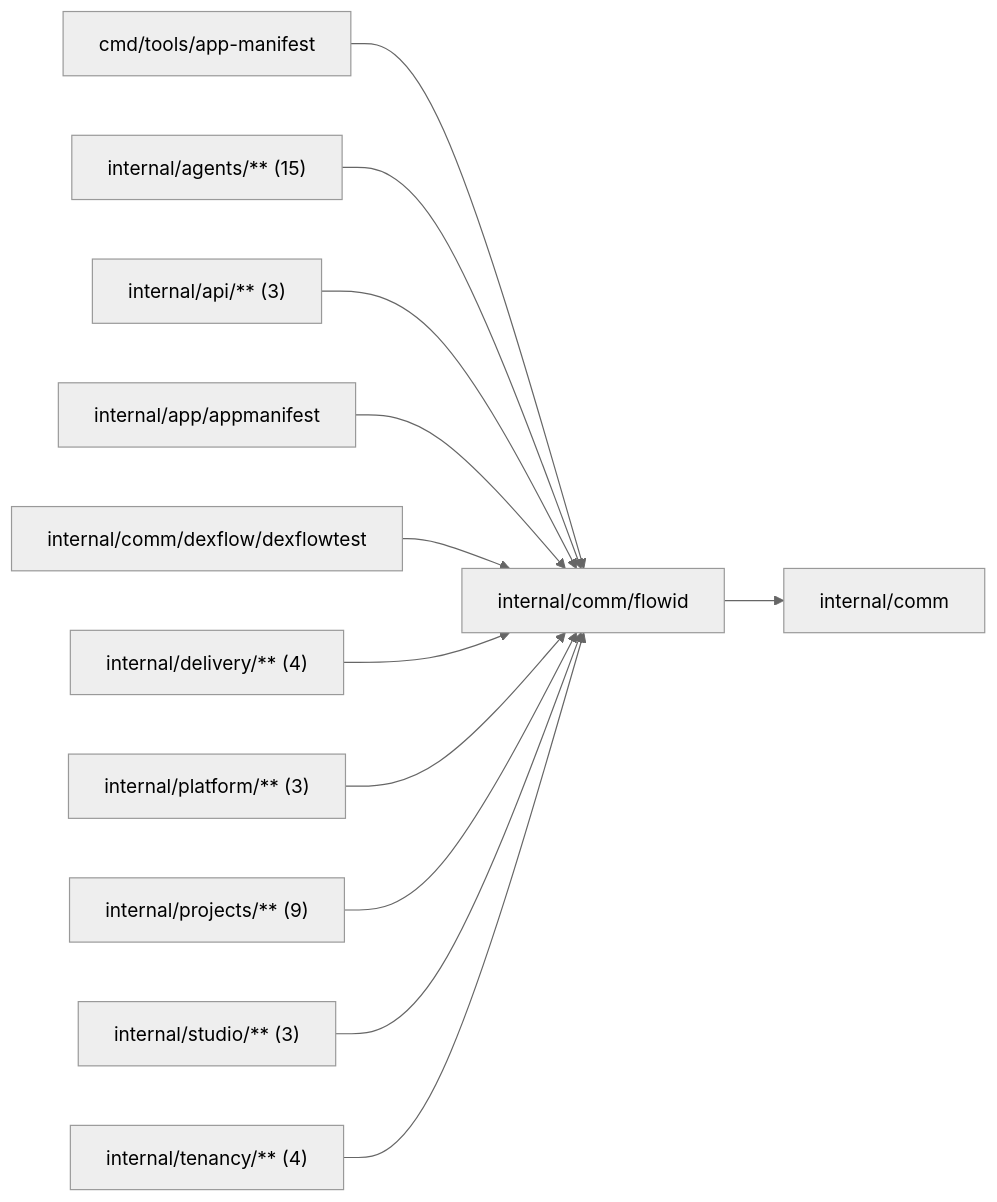
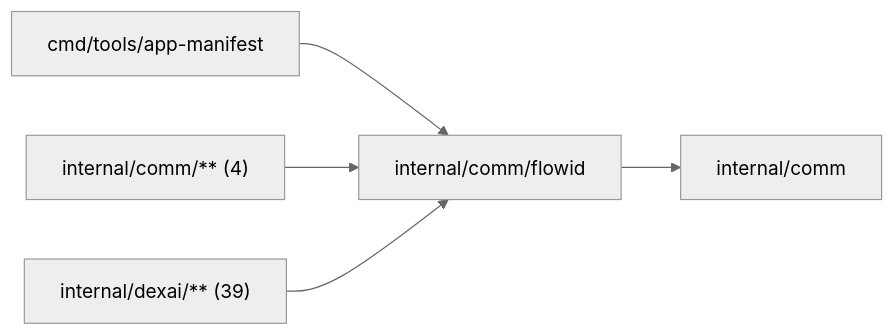
One commit to superdurable/superverse changed the diagram in internal/comm/flowid/README.md. Above: the diagram before and after it, drawn with Mermaid (neutral theme). The commit also changed other lines of this file and 1620 other files, not shown here.

First line of the commit message:
INTERNALTREE: move product code into internal/dexai and shared code into internal/comm

````diff
--- a/internal/comm/flowid/README.md
+++ b/internal/comm/flowid/README.md
@@ -10,15 +10,8 @@
 ```mermaid
 flowchart LR
   self["internal/comm/flowid"]
   c0["cmd/tools/app-manifest"] --> self
-  c1["internal/agents/** (15)"] --> self
-  c2["internal/api/** (3)"] --> self
-  c3["internal/app/appmanifest"] --> self
-  c4["internal/comm/dexflow/dexflowtest"] --> self
-  c5["internal/delivery/** (4)"] --> self
-  c6["internal/platform/** (3)"] --> self
-  c7["internal/projects/** (9)"] --> self
-  c8["internal/studio/** (3)"] --> self
-  c9["internal/tenancy/** (4)"] --> self
+  c1["internal/comm/** (4)"] --> self
+  c2["internal/dexai/** (39)"] --> self
   self --> d0["internal/comm"]
 ```
````
